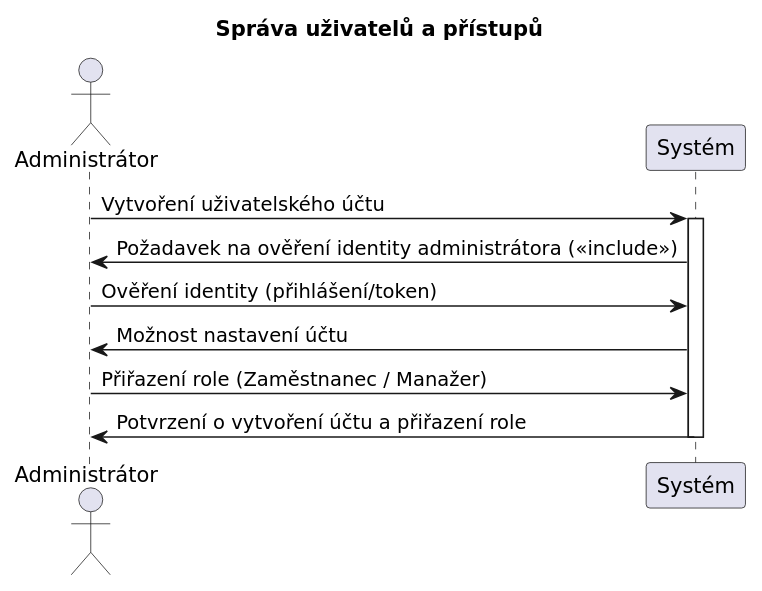
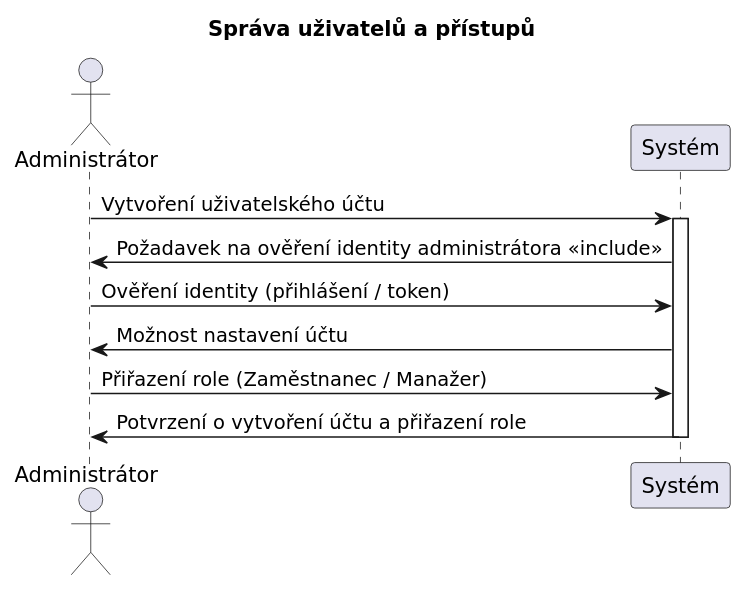
One commit to Sosto1/Car-side changed the diagram in diagrams/sekvencni/Sekvencni_SpravaUzivateluAPristupu.puml. Above: the diagram before and after it, drawn with PlantUML. The commit also changed other lines of this file and 17 other files, not shown here.

```diff
--- a/diagrams/sekvencni/Sekvencni_SpravaUzivateluAPristupu.puml
+++ b/diagrams/sekvencni/Sekvencni_SpravaUzivateluAPristupu.puml
@@ -1,16 +1,62 @@
 @startuml
 skinparam defaultFontName "DejaVu Sans"
+
+' ============================================================
+' Diagram: Sprava uzivatelu a pristupu
+' ============================================================
+' Ucel:
+'   Proces vytvoreni noveho uzivatelskeho uctu a prideleni role
+'   administratorem. Zahrnuje povinne overeni identity admina
+'   pred zpristupnenim nastaveni noveho uctu.
+'
+' Akteri:
+'   - Administrátor: iniciuje tvorbu uctu, overi identitu,
+'     prideli roli novemu uzivateli
+'   - System: vyzaduje overeni identity (<<include>>), zpristupni
+'     konfiguraci uctu, potvrdí ulozeni
+'
+' Hlavni tok:
+'   1. Administrátor iniciuje vytvoreni noveho uzivatelskeho uctu.
+'   2. System pozada o overeni identity administratora <<include>>
+'      – povinny krok pred jakoukoli spravou uctu.
+'   3. Administrátor overi svou identitu (napr. prihlaseni nebo token).
+'   4. System zpristupni moznosti nastaveni noveho uctu
+'      (jmeno, email, heslo, kontaktni udaje).
+'   5. Administrátor priradi uzivateli prislusnou roli:
+'      - "employee" (Zamestnanec)
+'      - "manager"  (Spravce vozoveho parku)
+'   6. System potvrdí uspesne vytvoreni uctu a ulozeni
+'      pridelene role.
+' ============================================================
+
 title Správa uživatelů a přístupů
 
 actor "Administrátor" as Admin
 participant "Systém" as Sys
 
+' KROK 1: Administrator iniciuje vytvoreni noveho uzivatelskeho uctu
 Admin -> Sys: Vytvoření uživatelského účtu
 activate Sys
-Sys -> Admin: Požadavek na ověření identity administrátora (<<include>>)
-Admin -> Sys: Ověření identity (přihlášení/token)
+
+' KROK 2 (<<include>>): System povinne pozada o overeni identity admina
+'   pred zpristupnenim spravnich operaci (bezpecnostni mechanismus)
+Sys -> Admin: Požadavek na ověření identity administrátora <<include>>
+
+' KROK 3: Administrator poskyti prihlasovacie udaje nebo token
+Admin -> Sys: Ověření identity (přihlášení / token)
+
+' KROK 4: Po uspesne autentizaci System zpristupni konfiguraci uctu
+'   (formular pro zadani jmena, emailu, hesla a kontaktni udaju)
 Sys -> Admin: Možnost nastavení účtu
+
+' KROK 5: Administrator priradi uzivateli prislusnou roli
+'   - "employee" = Zamestnanec (rezervace aut, hlaseni vad)
+'   - "manager"  = Spravce vozoveho parku (schvalovani, sprava flotily)
 Admin -> Sys: Přiřazení role (Zaměstnanec / Manažer)
+
+' KROK 6: System potvrdí uspesne ulozeni uctu a pridelene role
+'   (novy uzivatel je aktivni a muze se prihlasit)
 Sys -> Admin: Potvrzení o vytvoření účtu a přiřazení role
 deactivate Sys
+
 @enduml
```
